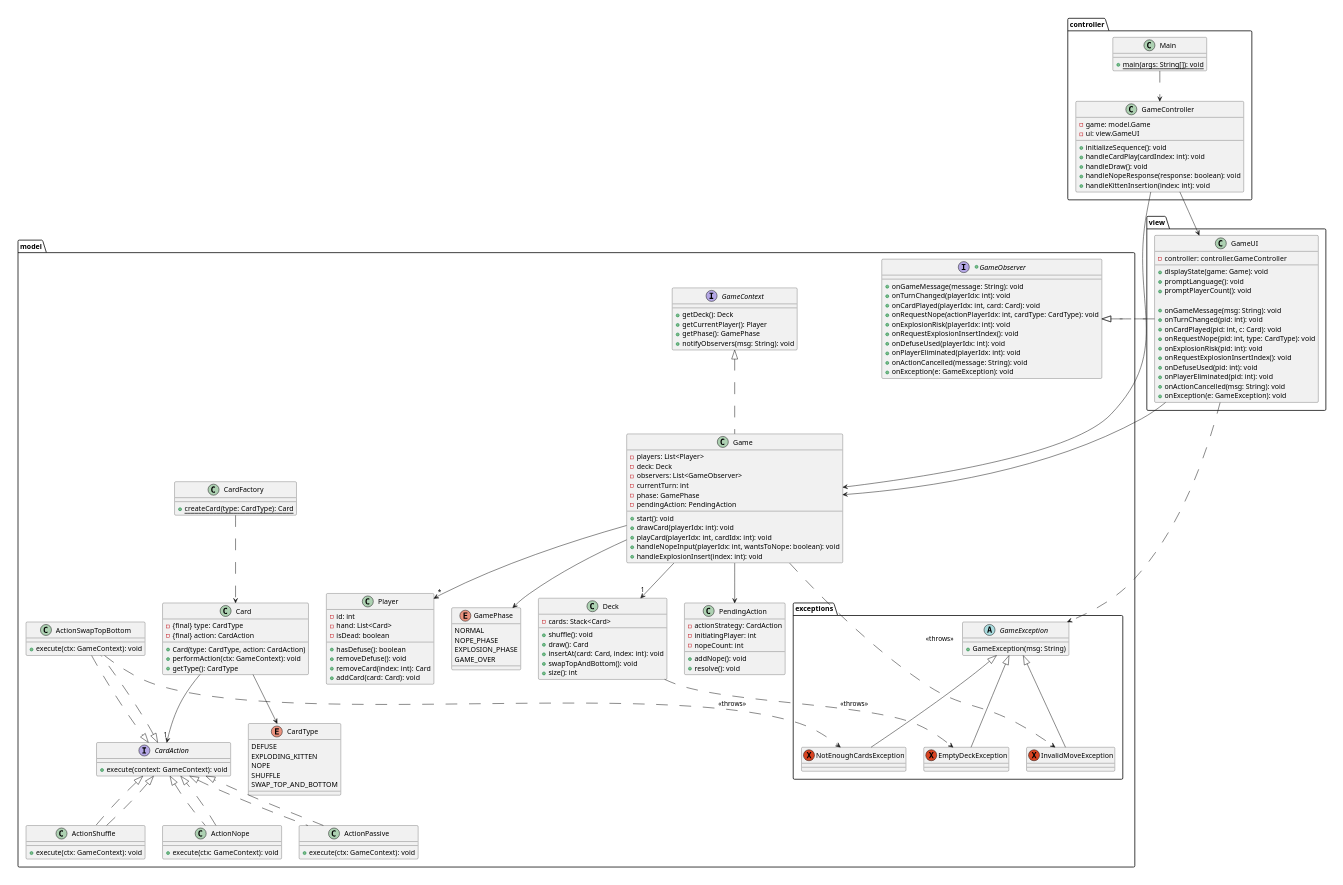
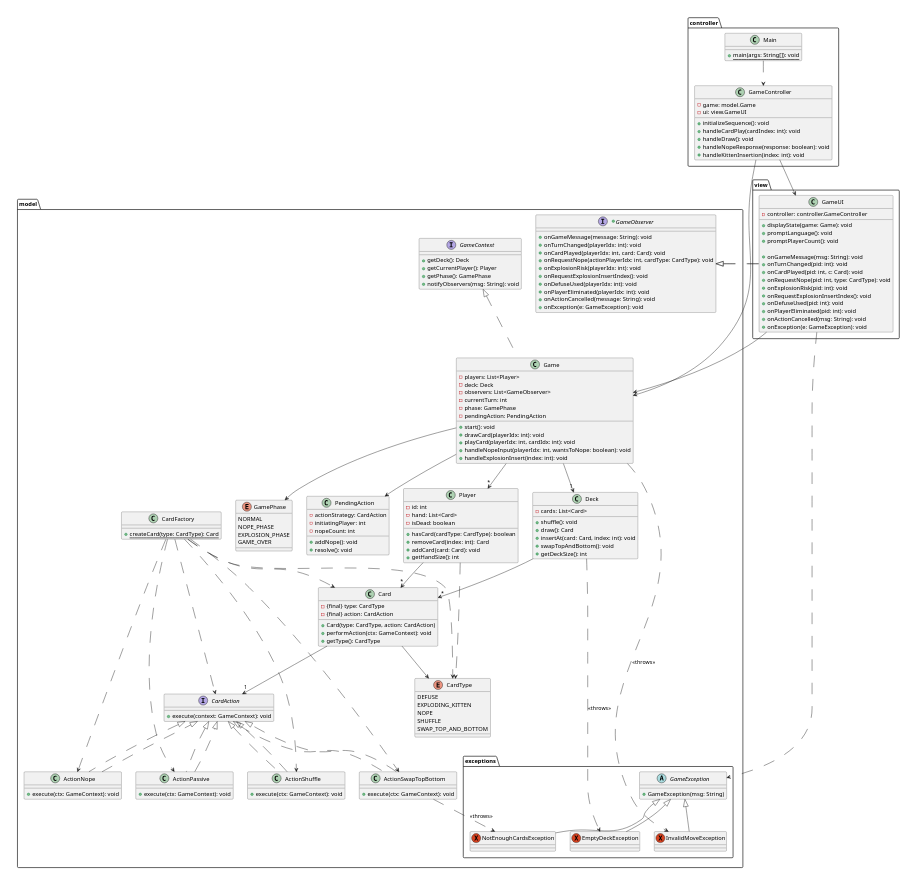
The diagram in docs/design/design.puml (nu-cs-sw-design/project-20252601-396_final), drawn with PlantUML before and after one commit.

Commit message:
REFACTOR: revise the class diagram design to match current method names

```diff
--- a/docs/design/design.puml
+++ b/docs/design/design.puml
@@ -75,19 +75,19 @@
         -id: int
         -hand: List<Card>
         -isDead: boolean
-        +hasDefuse(): boolean
-        +removeDefuse(): void
+        +hasCard(cardType: CardType): boolean
         +removeCard(index: int): Card
         +addCard(card: Card): void
+        +getHandSize(): int
     }
 
     class Deck {
-        -cards: Stack<Card>
+        -cards: List<Card>
         +shuffle(): void
         +draw(): Card
         +insertAt(card: Card, index: int): void
         +swapTopAndBottom(): void
-        +size(): int
+        +getDeckSize(): int
     }
 
     class Card {
@@ -176,8 +176,19 @@
 model.Game --> model.GamePhase
 model.Card --> "1" model.CardAction
 model.Card --> model.CardType
+
 model.CardFactory ..> model.Card
+model.CardFactory ..> model.CardAction
+model.CardFactory ..> model.CardType
+model.CardFactory ..> model.ActionShuffle
+model.CardFactory ..> model.ActionNope
+model.CardFactory ..> model.ActionSwapTopBottom
+model.CardFactory ..> model.ActionPassive
 
+model.Player --> "*" model.Card
+model.Player ..> model.CardType
+
+model.Deck --> "*" model.Card
 model.Deck ..> model.exceptions.EmptyDeckException : <<throws>>
 model.ActionSwapTopBottom ..> model.exceptions.NotEnoughCardsException : <<throws>>
 model.Game ..> model.exceptions.InvalidMoveException : <<throws>>
```
